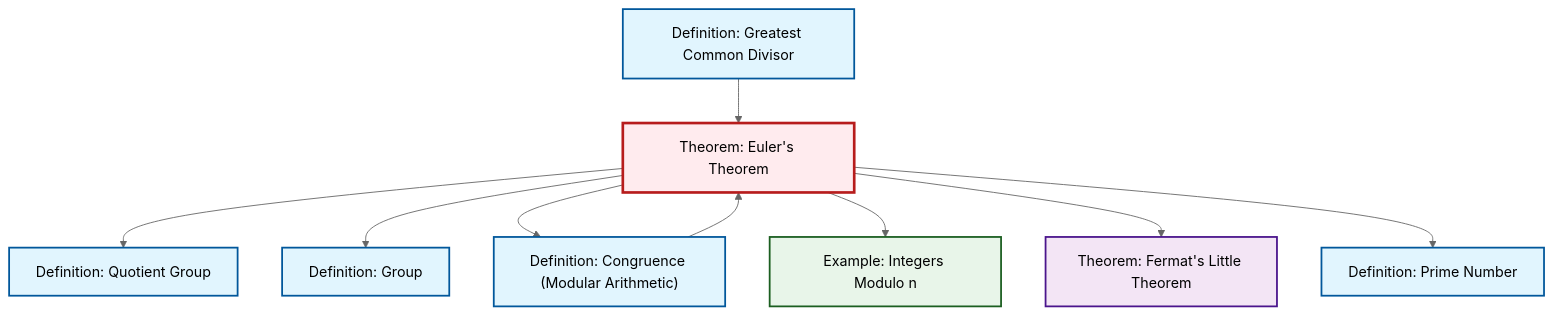
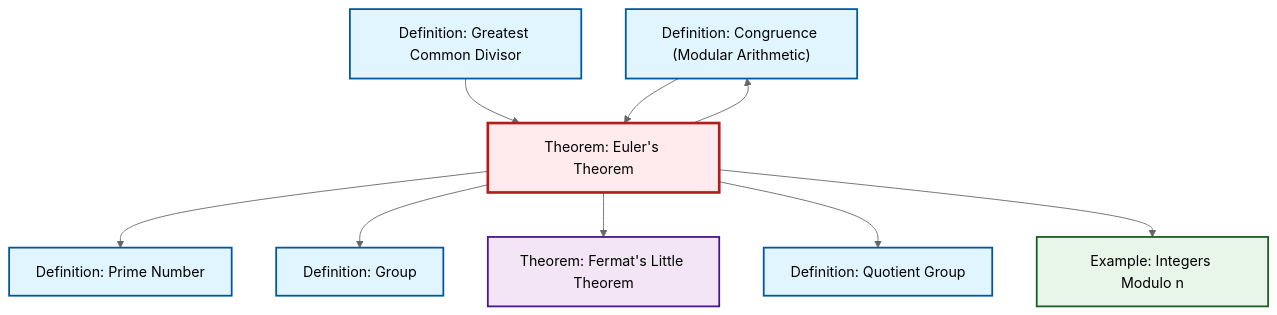
One commit to RK0429/ModernMath changed the diagram in content/ja/number-theory/thm-euler.qmd. Above: the diagram before and after it, drawn with Mermaid (neutral theme). The commit also changed other lines of this file and 581 other files, not shown here.

````diff
--- a/content/ja/number-theory/thm-euler.qmd
+++ b/content/ja/number-theory/thm-euler.qmd
@@ -53,33 +53,33 @@
 ```{mermaid}
 %%| fig-cap: "Local dependency graph"
 graph TD
     classDef definition fill:#e1f5fe,stroke:#01579b,stroke-width:2px
     classDef theorem fill:#f3e5f5,stroke:#4a148c,stroke-width:2px
     classDef axiom fill:#fff3e0,stroke:#e65100,stroke-width:2px
     classDef example fill:#e8f5e9,stroke:#1b5e20,stroke-width:2px
     classDef current fill:#ffebee,stroke:#b71c1c,stroke-width:3px
     def-prime["Definition: Prime Number"]:::definition
     def-quotient-group["Definition: Quotient Group"]:::definition
-    ex-quotient-integers-mod-n["Example: Integers Modulo n"]:::example
+    def-congruence["Definition: Congruence (Modular Arithmetic)"]:::definition
     thm-euler["Theorem: Euler's Theorem"]:::theorem
     def-group["Definition: Group"]:::definition
+    def-gcd["Definition: Greatest Common Divisor"]:::definition
     thm-fermat-little["Theorem: Fermat's Little Theorem"]:::theorem
-    def-congruence["Definition: Congruence (Modular Arithmetic)"]:::definition
-    def-gcd["Definition: Greatest Common Divisor"]:::definition
+    ex-quotient-integers-mod-n["Example: Integers Modulo n"]:::example
+    thm-euler --> def-prime
+    def-gcd --> thm-euler
+    thm-euler --> def-group
+    thm-euler --> thm-fermat-little
     def-congruence --> thm-euler
     thm-euler --> def-quotient-group
-    thm-euler --> def-group
     thm-euler --> def-congruence
     thm-euler --> ex-quotient-integers-mod-n
-    thm-euler --> thm-fermat-little
-    def-gcd --> thm-euler
-    thm-euler --> def-prime
     class thm-euler current
     click def-prime "def-prime.html" "Definition: Prime Numberへ"
     click def-quotient-group "def-quotient-group.html" "Definition: Quotient Groupへ"
+    click def-congruence "def-congruence.html" "Definition: Congruence (Modular Arithmetic)へ"
+    click def-group "def-group.html" "Definition: Groupへ"
+    click def-gcd "def-gcd.html" "Definition: Greatest Common Divisorへ"
+    click thm-fermat-little "thm-fermat-little.html" "Theorem: Fermat's Little Theoremへ"
     click ex-quotient-integers-mod-n "ex-quotient-integers-mod-n.html" "Example: Integers Modulo nへ"
-    click def-group "def-group.html" "Definition: Groupへ"
-    click thm-fermat-little "thm-fermat-little.html" "Theorem: Fermat's Little Theoremへ"
-    click def-congruence "def-congruence.html" "Definition: Congruence (Modular Arithmetic)へ"
-    click def-gcd "def-gcd.html" "Definition: Greatest Common Divisorへ"
 ```
````
